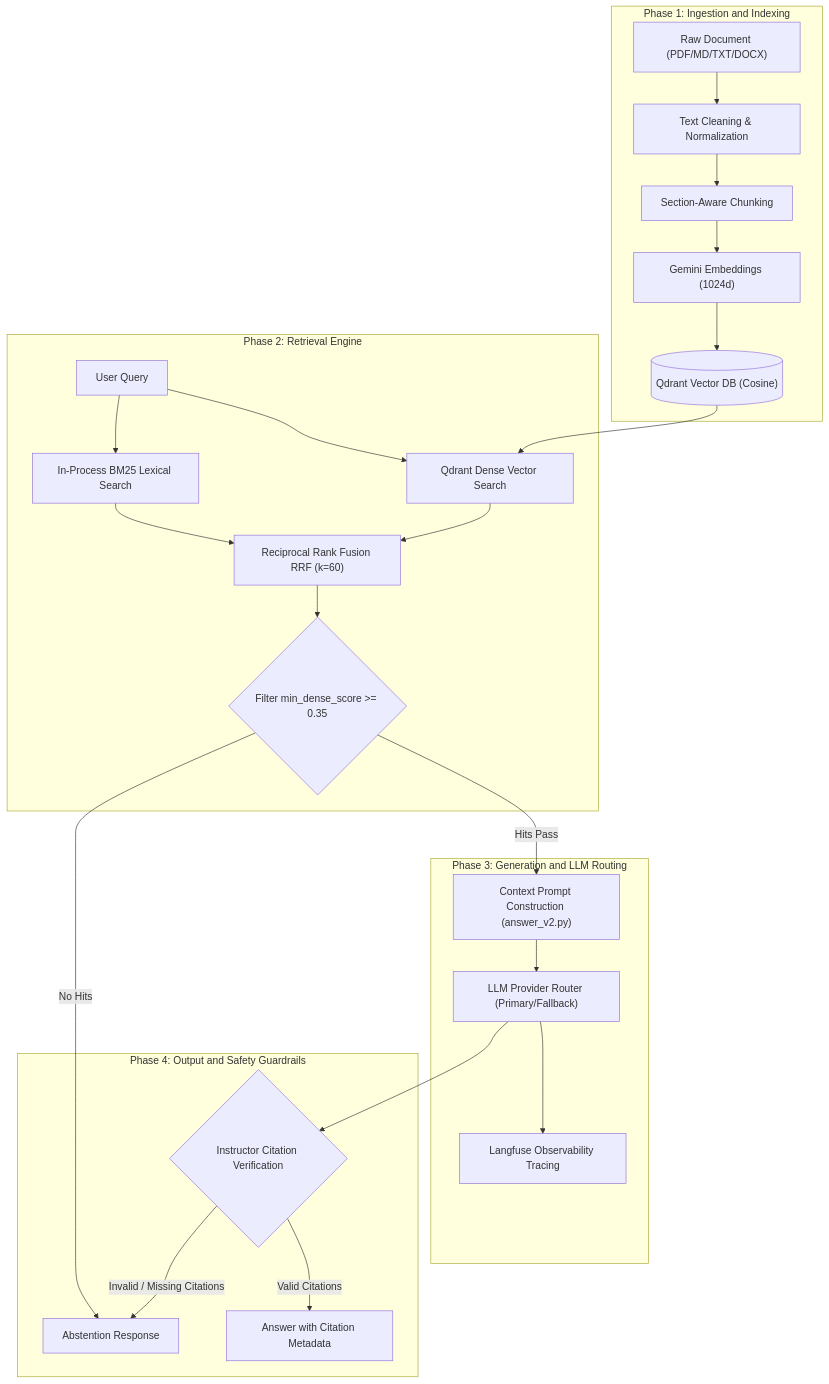
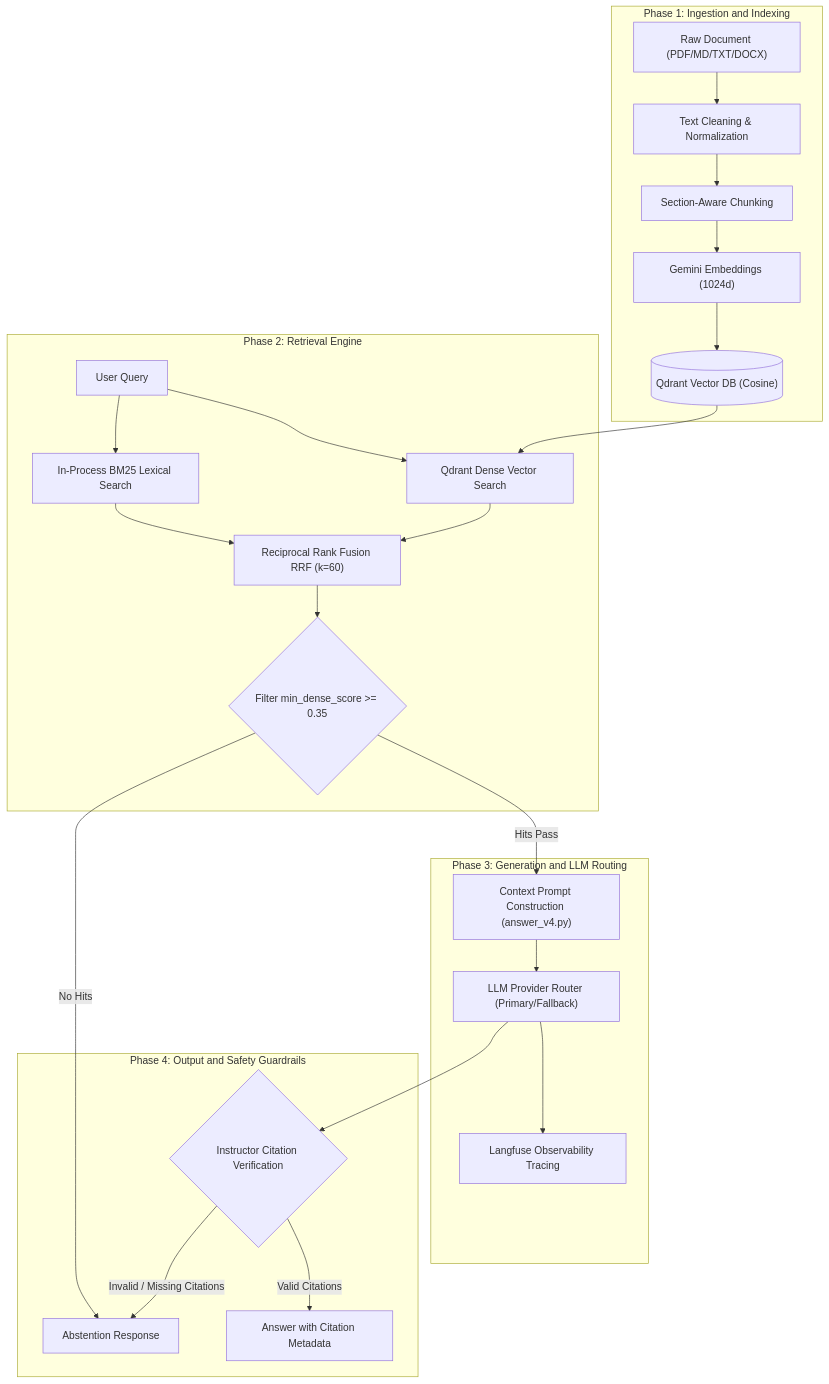
Before and after one commit to tunganhnguyen0210/Company-knowledge-RAG: the second of 2 diagrams in docs/architectures/06-simple-rag-vs-company-rag-comparison.md, drawn with Mermaid. The commit also changed other lines of this file and 7 other files, not shown here.

````diff
--- a/docs/architectures/06-simple-rag-vs-company-rag-comparison.md
+++ b/docs/architectures/06-simple-rag-vs-company-rag-comparison.md
@@ -53,31 +53,31 @@
 ```mermaid
 flowchart TD
     subgraph C_P1["Phase 1: Ingestion and Indexing"]
         C_Doc["Raw Document (PDF/MD/TXT/DOCX)"] --> C_Clean["Text Cleaning & Normalization"]
         C_Clean --> C_Chunk["Section-Aware Chunking"]
         C_Chunk --> C_Embed["Gemini Embeddings (1024d)"]
         C_Embed --> C_Qdrant[("Qdrant Vector DB (Cosine)")]
     end
 
     subgraph C_P2["Phase 2: Retrieval Engine"]
         C_Query["User Query"] --> C_Dense["Qdrant Dense Vector Search"]
         C_Query --> C_Lexical["In-Process BM25 Lexical Search"]
         C_Qdrant --> C_Dense
         C_Dense --> C_RRF["Reciprocal Rank Fusion RRF (k=60)"]
         C_Lexical --> C_RRF
         C_RRF --> C_GateScore{"Filter min_dense_score >= 0.35"}
     end
 
     subgraph C_P3["Phase 3: Generation and LLM Routing"]
-        C_GateScore -->|Hits Pass| C_Prompt["Context Prompt Construction (answer_v2.py)"]
+        C_GateScore -->|Hits Pass| C_Prompt["Context Prompt Construction (answer_v4.py)"]
         C_Prompt --> C_Router["LLM Provider Router (Primary/Fallback)"]
         C_Router --> C_Trace["Langfuse Observability Tracing"]
     end
 
     subgraph C_P4["Phase 4: Output and Safety Guardrails"]
         C_GateScore -->|No Hits| C_Abstain["Abstention Response"]
         C_Router --> C_Verify{"Instructor Citation Verification"}
         C_Verify -->|Valid Citations| C_Out["Answer with Citation Metadata"]
         C_Verify -->|Invalid / Missing Citations| C_Abstain
     end
 ```
````
